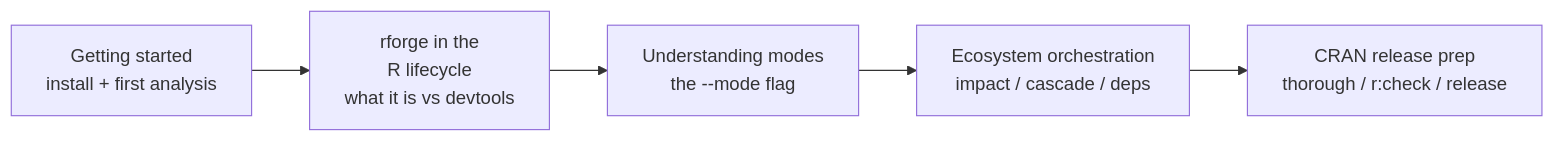
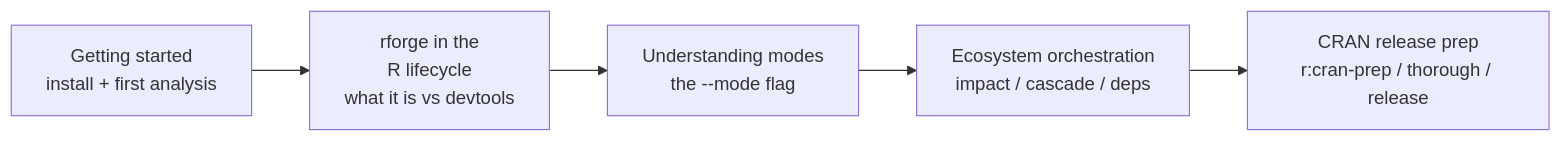
Before and after one commit to Data-Wise/rforge: the diagram in docs/tutorials/README.md, drawn with Mermaid. The commit also changed 8 other files, not shown here.

First line of the commit message:
docs: sync tutorials, flowcharts, and help docs for v2.2.0

````diff
--- a/docs/tutorials/README.md
+++ b/docs/tutorials/README.md
@@ -28,7 +28,7 @@
 ```mermaid
 flowchart LR
     A["Getting started<br/>install + first analysis"] --> B["rforge in the<br/>R lifecycle<br/>what it is vs devtools"]
     B --> C["Understanding modes<br/>the --mode flag"]
     C --> D["Ecosystem orchestration<br/>impact / cascade / deps"]
-    D --> E["CRAN release prep<br/>thorough / r:check / release"]
+    D --> E["CRAN release prep<br/>r:cran-prep / thorough / release"]
 ```
````
